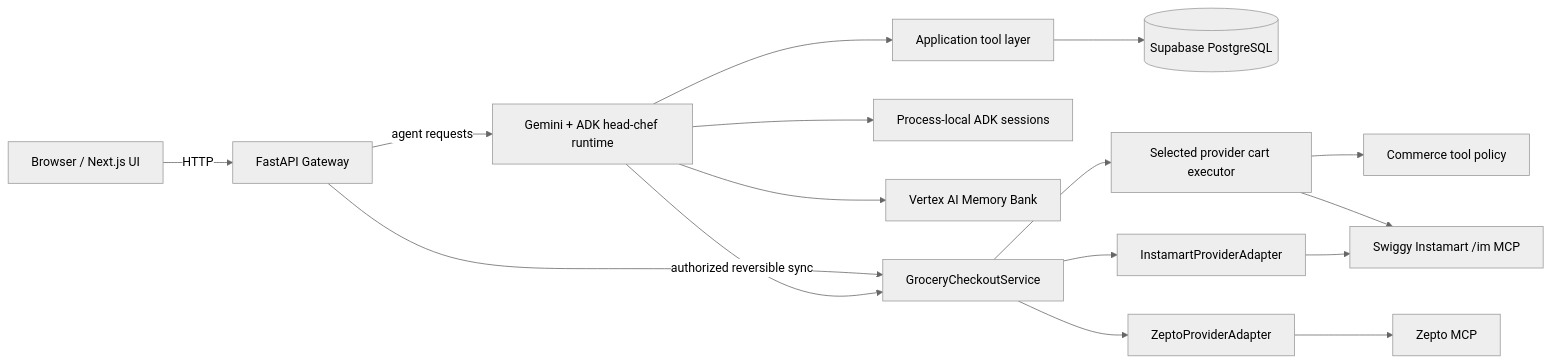
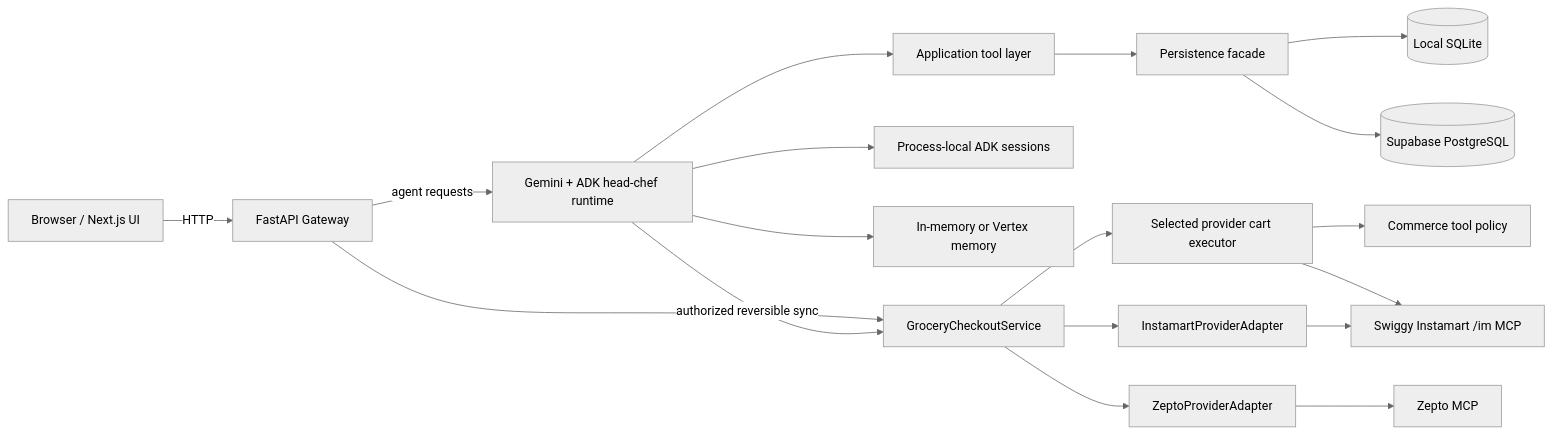
The first of 2 diagrams in docs/system_architecture.md (architworks/meal_and_grocery_agent), drawn with Mermaid (neutral theme) before and after one commit. The commit also changed other lines of this file and 34 other files, not shown here.

First line of the commit message:
feat: add easy local Kitch with SQLite and in-memory agent memory

````diff
--- a/docs/system_architecture.md
+++ b/docs/system_architecture.md
@@ -32,19 +32,21 @@
 ```mermaid
 flowchart LR
     Browser[Browser / Next.js UI] -->|HTTP| API[FastAPI Gateway]
     API -->|agent requests| AgentRuntime[Gemini + ADK head-chef runtime]
     AgentRuntime --> Tools[Application tool layer]
-    Tools --> Supabase[(Supabase PostgreSQL)]
+    Tools --> Storage[Persistence facade]
+    Storage --> SQLite[(Local SQLite)]
+    Storage --> Supabase[(Supabase PostgreSQL)]
     AgentRuntime --> Sessions[Process-local ADK sessions]
-    AgentRuntime --> Memory[Vertex AI Memory Bank]
+    AgentRuntime --> Memory[In-memory or Vertex memory]
 
     API --> Checkout[GroceryCheckoutService]
     AgentRuntime -->|authorized reversible sync| Checkout
     Checkout --> ProviderExecutor[Selected provider cart executor]
     ProviderExecutor --> ToolPolicy[Commerce tool policy]
     ProviderExecutor --> InstamartMCP[Swiggy Instamart /im MCP]
     Checkout --> ZeptoAdapter[ZeptoProviderAdapter]
     Checkout --> InstamartAdapter[InstamartProviderAdapter]
     ZeptoAdapter --> ZeptoMCP[Zepto MCP]
     InstamartAdapter --> InstamartMCP
 ```
````
